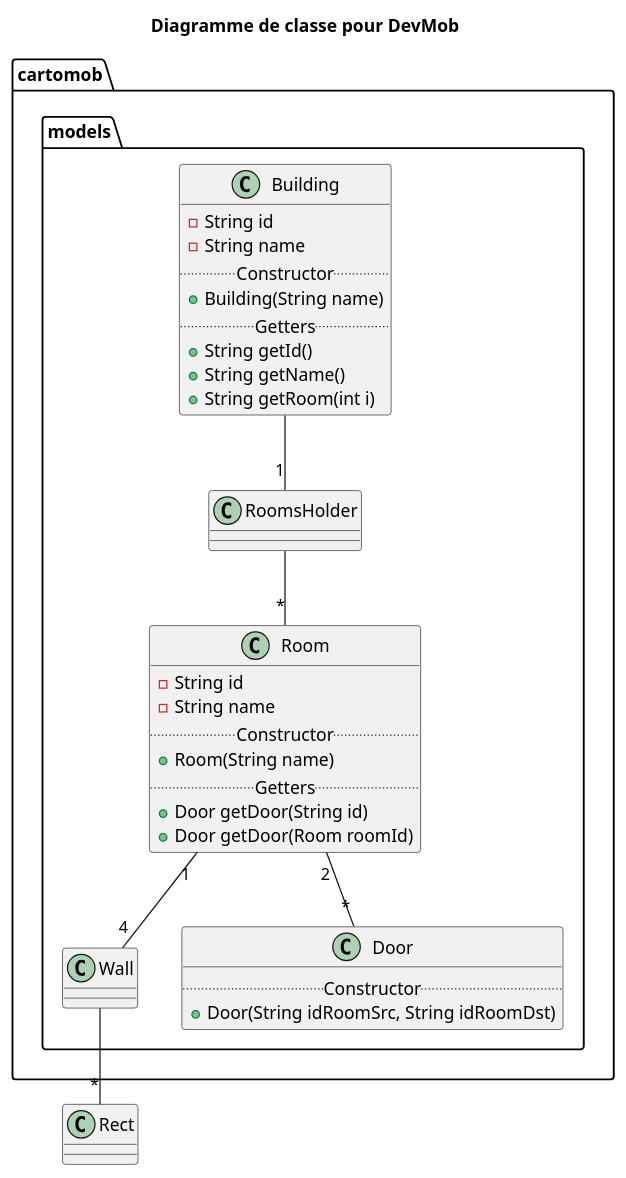
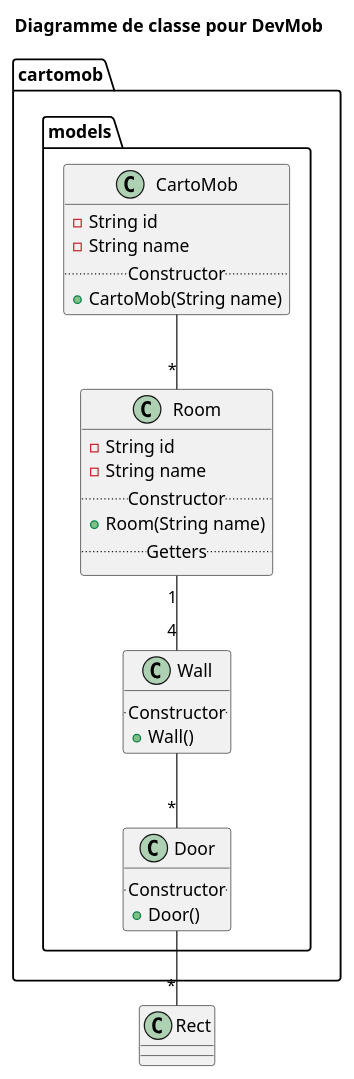
The diagram in theoreticalDiag.puml (victord54/CartoMob), drawn with PlantUML before and after one commit. The commit also changed 19 other files, not shown here.

```diff
--- a/theoreticalDiag.puml
+++ b/theoreticalDiag.puml
@@ -1,46 +1,39 @@
 @startuml
 
 title Diagramme de classe pour DevMob
 
 package cartomob {
     package models {
-        class Building {
+        class CartoMob {
             - String id
             - String name
             ..Constructor..
-            + Building(String name)
-            ..Getters..
-            + String getId()
-            + String getName()
-            + String getRoom(int i)
+            + CartoMob(String name)
         }
 
         class Room {
             - String id
             - String name
             ..Constructor..
             + Room(String name)
             ..Getters..
-            + Door getDoor(String id)
-            + Door getDoor(Room roomId)
         }
 
-        class RoomsHolder {}
-
-        class Wall {}
+        class Wall {
+            ..Constructor..
+            + Wall()
+        }
 
         class Door {
             ..Constructor..
-            + Door(String idRoomSrc, String idRoomDst)
+            + Door()
         }
     }
 }
 
-
-RoomsHolder --"*" Room
+CartoMob --"*" Room
 Room "1"--"4" Wall
-Building --"1" RoomsHolder
-Room "2"--"*" Door
-Wall --"*" Rect
+Wall --"*" Door
+Door --"*" Rect
 
 @enduml
```
